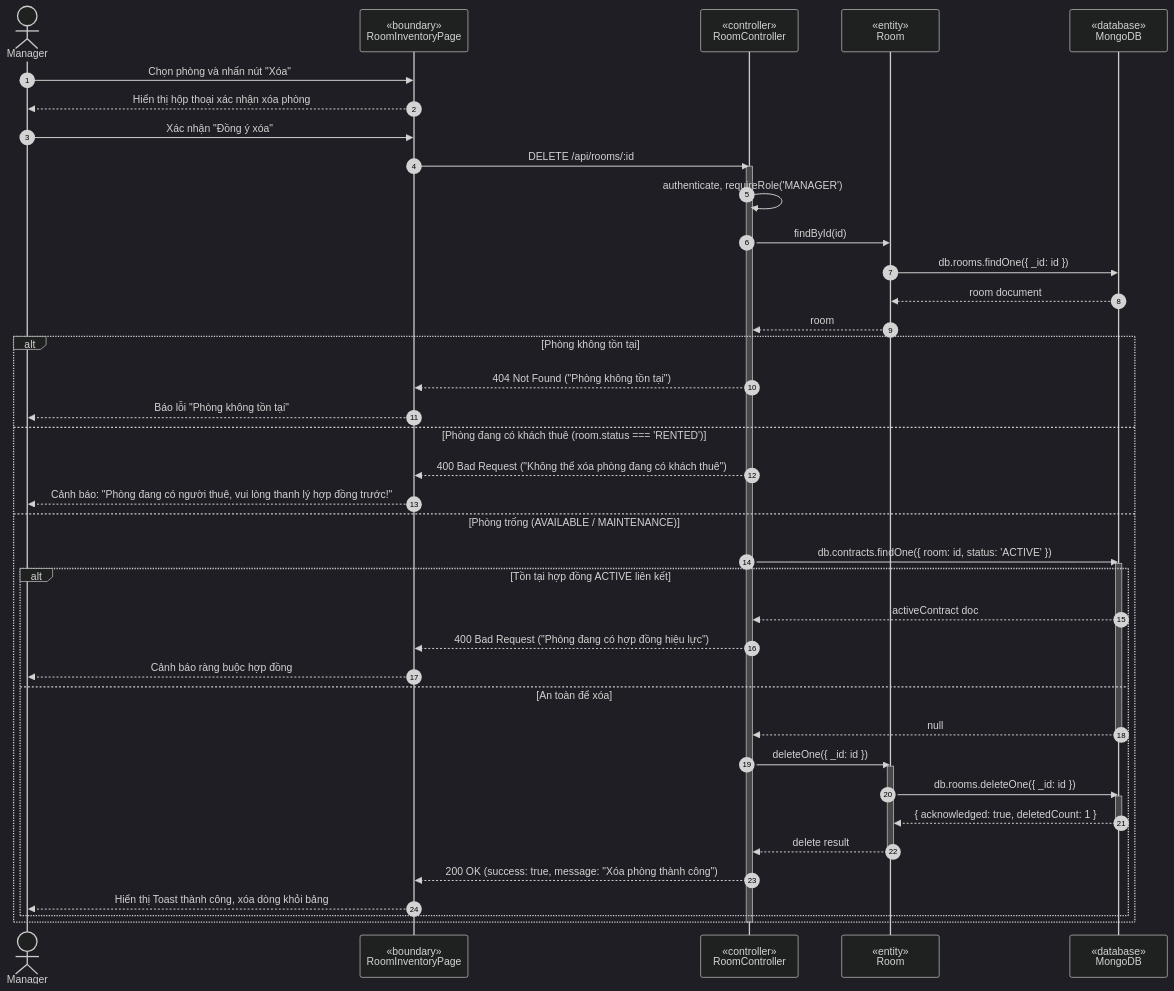
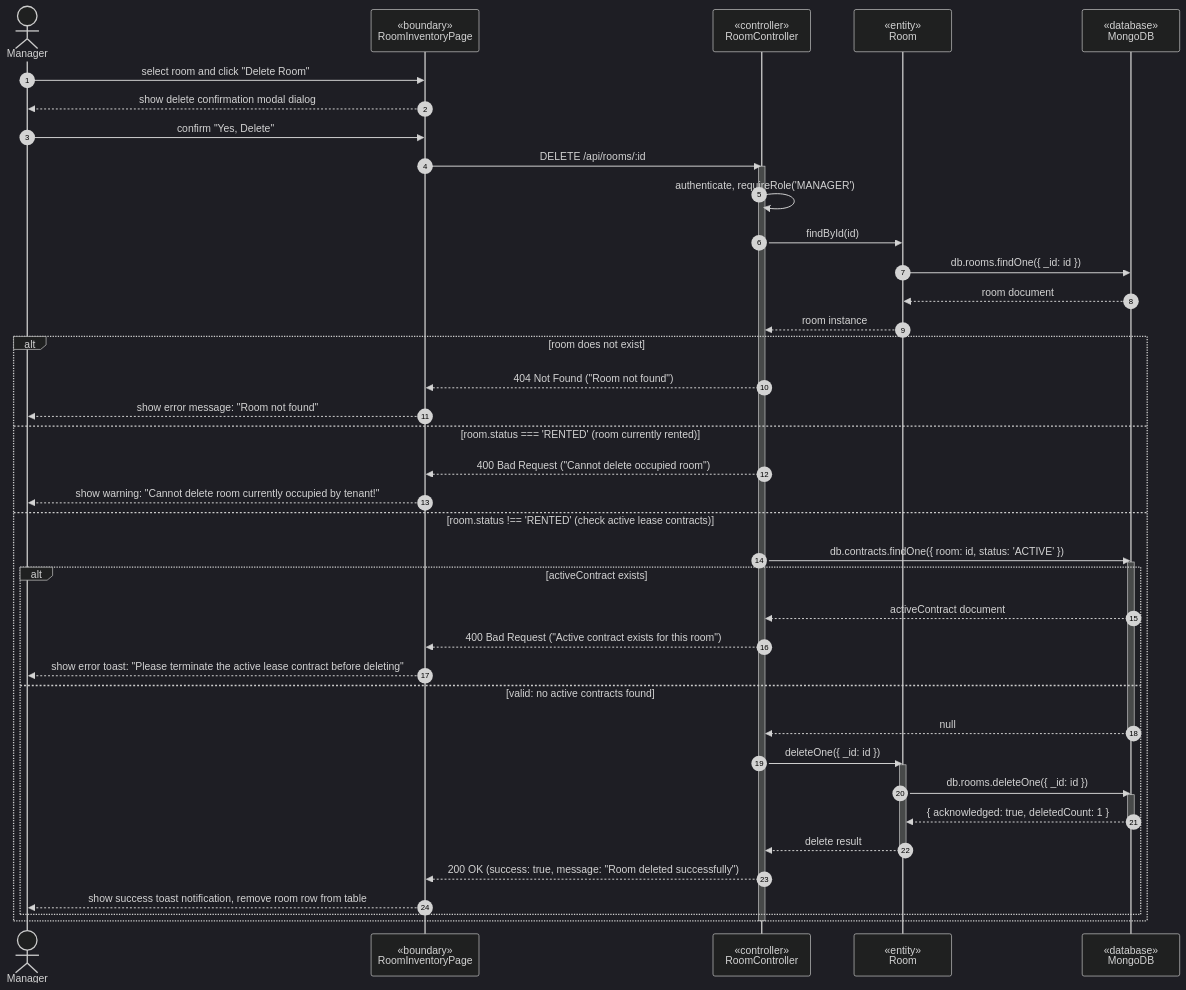
The fourth of 6 diagrams in docs/UML_ROOM_MODULE_QUANG.md (WanFJava/MotalManagementSystems), drawn with Mermaid (dark theme) before and after one commit. The commit also changed other lines of this file and 5 other files, not shown here.

Commit message:
docs(uml): translate all Class and Sequence Diagrams to 100% English

````diff
--- a/docs/UML_ROOM_MODULE_QUANG.md
+++ b/docs/UML_ROOM_MODULE_QUANG.md
@@ -261,50 +265,50 @@
 ```mermaid
 sequenceDiagram
     autonumber
     actor M as Manager
     participant UI as «boundary»<br>RoomInventoryPage
     participant C as «controller»<br>RoomController
     participant R as «entity»<br>Room
     participant DB as «database»<br>MongoDB
 
-    M->>UI: Chọn phòng và nhấn nút "Xóa"
-    UI-->>M: Hiển thị hộp thoại xác nhận xóa phòng
-    M->>UI: Xác nhận "Đồng ý xóa"
+    M->>UI: select room and click "Delete Room"
+    UI-->>M: show delete confirmation modal dialog
+    M->>UI: confirm "Yes, Delete"
     UI->>C: DELETE /api/rooms/:id
     activate C
     C->>C: authenticate, requireRole('MANAGER')
     C->>R: findById(id)
     R->>DB: db.rooms.findOne({ _id: id })
     DB-->>R: room document
-    R-->>C: room
+    R-->>C: room instance
 
-    alt Phòng không tồn tại
-        C-->>UI: 404 Not Found ("Phòng không tồn tại")
-        UI-->>M: Báo lỗi "Phòng không tồn tại"
-    else Phòng đang có khách thuê (room.status === 'RENTED')
-        C-->>UI: 400 Bad Request ("Không thể xóa phòng đang có khách thuê")
-        UI-->>M: Cảnh báo: "Phòng đang có người thuê, vui lòng thanh lý hợp đồng trước!"
-    else Phòng trống (AVAILABLE / MAINTENANCE)
+    alt room does not exist
+        C-->>UI: 404 Not Found ("Room not found")
+        UI-->>M: show error message: "Room not found"
+    else room.status === 'RENTED' (room currently rented)
+        C-->>UI: 400 Bad Request ("Cannot delete occupied room")
+        UI-->>M: show warning: "Cannot delete room currently occupied by tenant!"
+    else room.status !== 'RENTED' (check active lease contracts)
         C->>DB: db.contracts.findOne({ room: id, status: 'ACTIVE' })
         activate DB
-        alt Tồn tại hợp đồng ACTIVE liên kết
-            DB-->>C: activeContract doc
-            C-->>UI: 400 Bad Request ("Phòng đang có hợp đồng hiệu lực")
-            UI-->>M: Cảnh báo ràng buộc hợp đồng
-        else An toàn để xóa
+        alt activeContract exists
+            DB-->>C: activeContract document
+            C-->>UI: 400 Bad Request ("Active contract exists for this room")
+            UI-->>M: show error toast: "Please terminate the active lease contract before deleting"
+        else valid: no active contracts found
             DB-->>C: null
             deactivate DB
             C->>R: deleteOne({ _id: id })
             activate R
             R->>DB: db.rooms.deleteOne({ _id: id })
             activate DB
             DB-->>R: { acknowledged: true, deletedCount: 1 }
             deactivate DB
             R-->>C: delete result
             deactivate R
-            C-->>UI: 200 OK (success: true, message: "Xóa phòng thành công")
-            UI-->>M: Hiển thị Toast thành công, xóa dòng khỏi bảng
+            C-->>UI: 200 OK (success: true, message: "Room deleted successfully")
+            UI-->>M: show success toast notification, remove room row from table
         end
     end
     deactivate C
 ```
````
